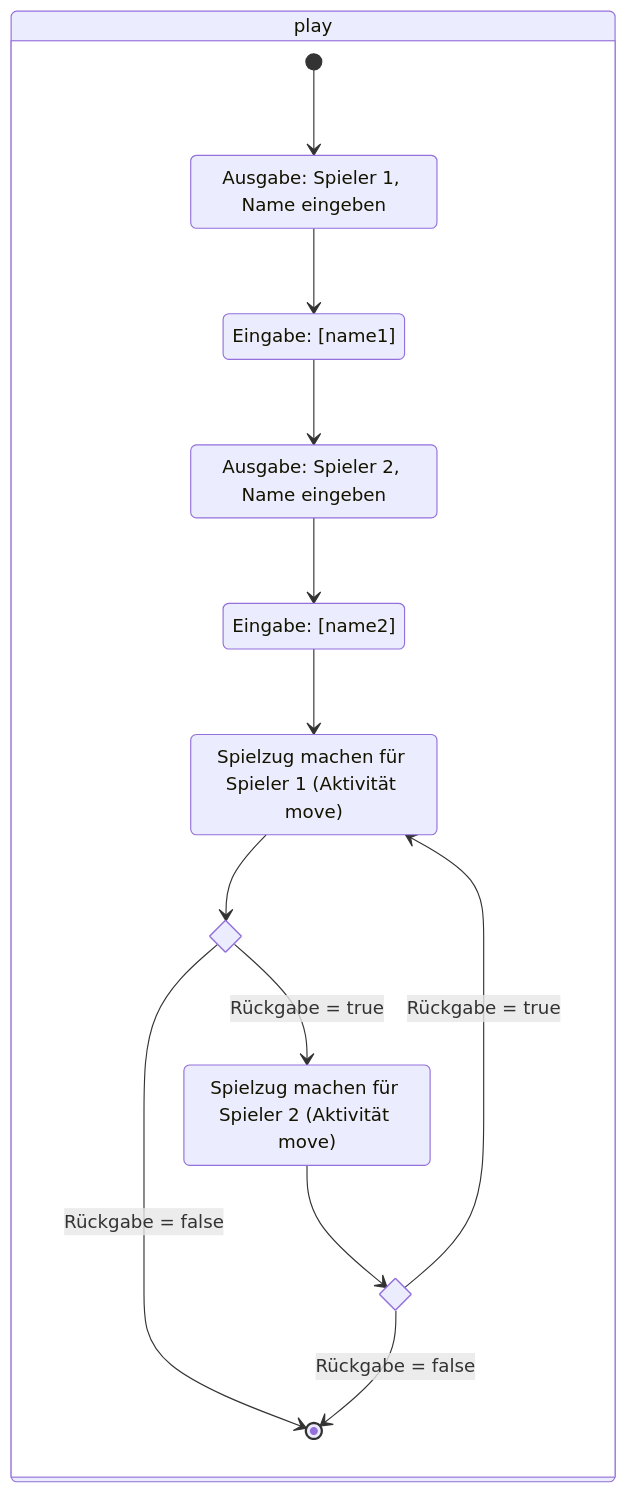
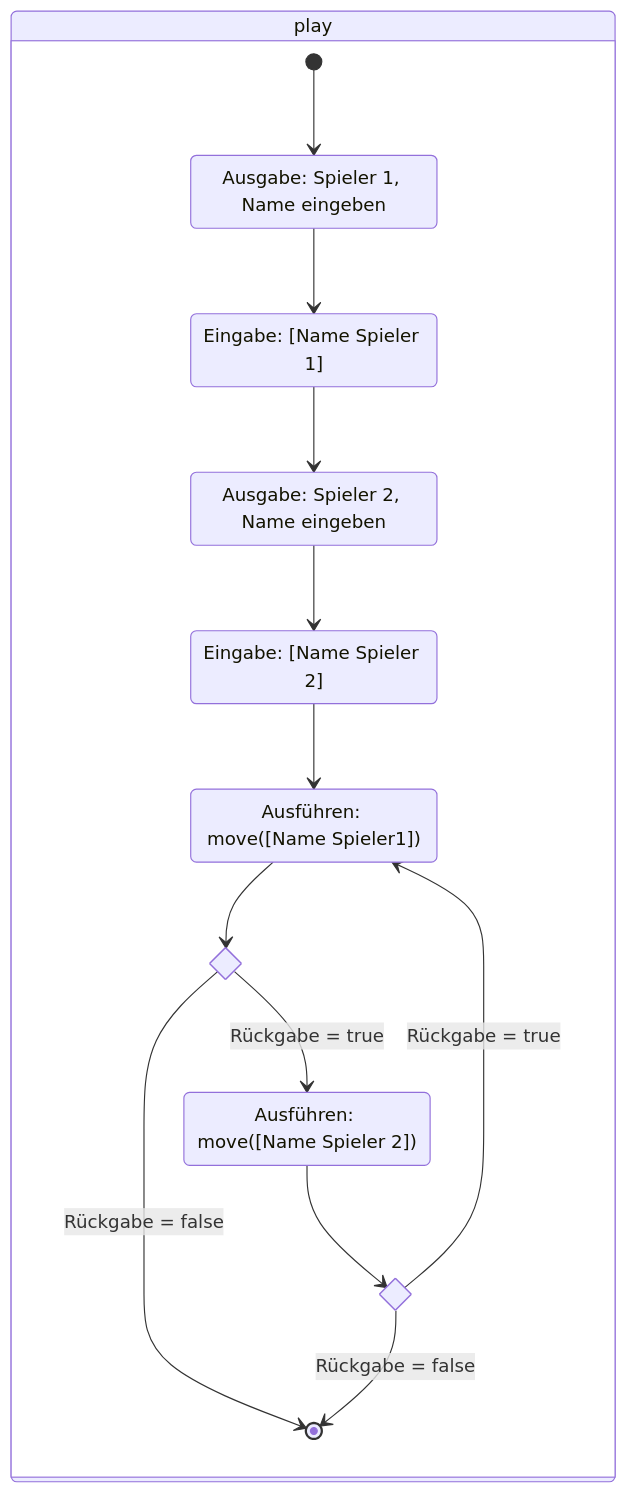
Before and after one commit to jappuccini/java-docs: the third of 4 diagrams in docs/exercises/uml/activity-diagrams01.md, drawn with Mermaid. The commit also changed other lines of this file, not shown here.

````diff
--- a/docs/exercises/uml/activity-diagrams01.md
+++ b/docs/exercises/uml/activity-diagrams01.md
@@ -36,25 +38,25 @@
 ```mermaid
 stateDiagram-v2
     state "Ausgabe: Spieler 1, Name eingeben" as state1
-    state "Eingabe: [name1]" as state2
+    state "Eingabe: [Name Spieler 1]" as state2
     state "Ausgabe: Spieler 2, Name eingeben" as state3
-    state "Eingabe: [name2]" as state4
-    state "Spielzug machen für Spieler 1 (Aktivität move)" as state5
-    state "Spielzug machen für Spieler 2 (Aktivität move)" as state6
+    state "Eingabe: [Name Spieler 2]" as state4
+    state "Ausführen: move([Name Spieler1])" as state5
+    state "Ausführen: move([Name Spieler 2])" as state6
     state if <<choice>>
     state if2 <<choice>>
 
     state play {
         [*] --> state1
         state1 --> state2
         state2 --> state3
         state3 --> state4
         state4 --> state5
         state5 --> if
         if --> [*] : Rückgabe = false
         if --> state6 : Rückgabe = true
         state6 --> if2
         if2 --> state5 : Rückgabe = true
         if2 --> [*] : Rückgabe = false
     }
 ```
````
